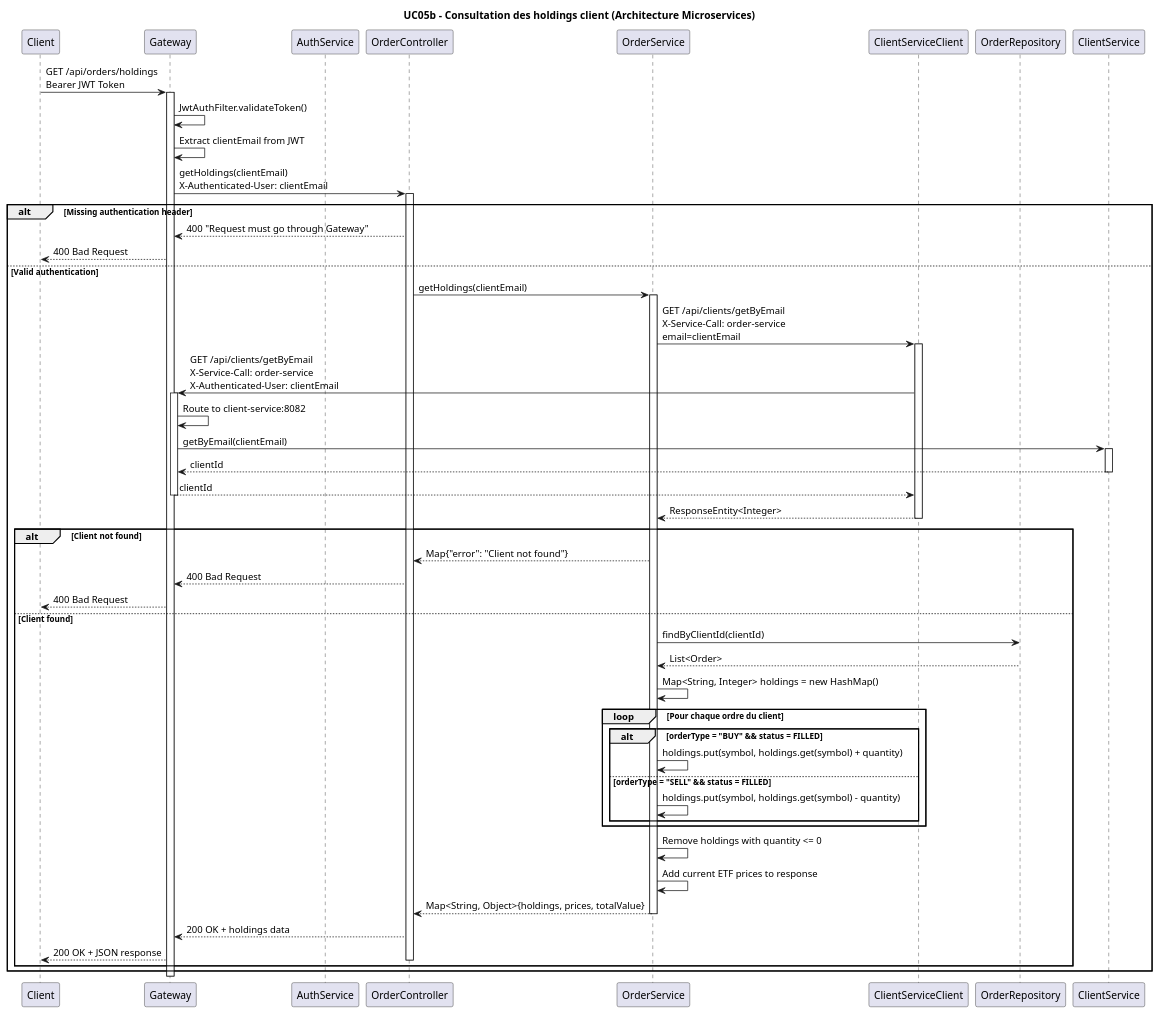
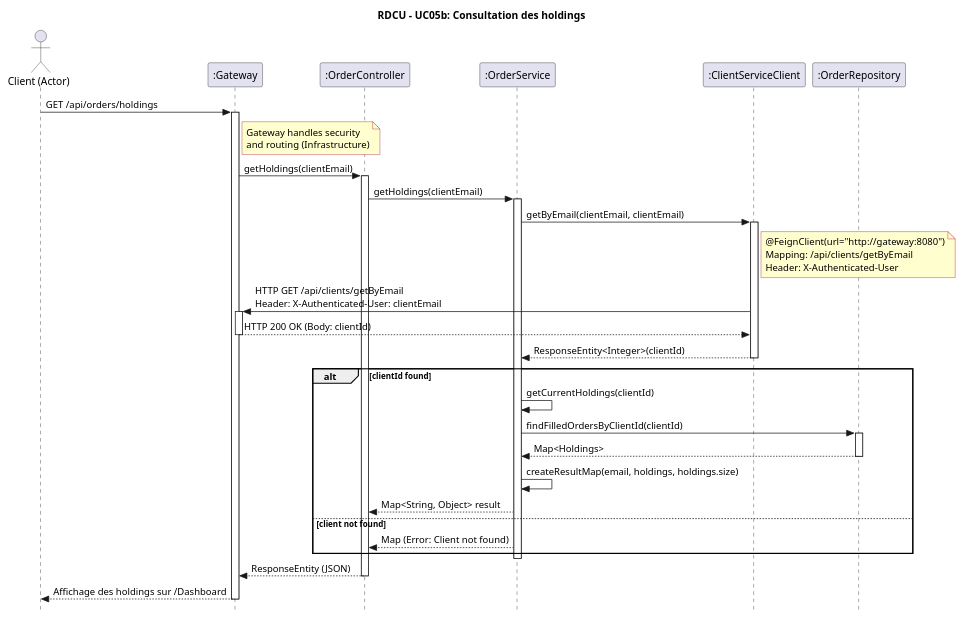
Before and after one commit to primika27/BrokerX-phase2-micorservices-: the diagram in docs/views/rdcu_uc05_consultation_holdings.puml, drawn with PlantUML. The commit also changed 3 other files, not shown here.

Commit message:
modif diagramme uc05

```diff
--- a/docs/views/rdcu_uc05_consultation_holdings.puml
+++ b/docs/views/rdcu_uc05_consultation_holdings.puml
@@ -1,71 +1,79 @@
 @startuml rdcu_uc05_consultation_holdings
-title UC05b - Consultation des holdings client (Architecture Microservices)
+title RDCU - UC05b: Consultation des holdings 
+skinparam style strictuml
+skinparam noteBackgroundColor #FEFECE
+skinparam noteBorderColor #A80036
 
-participant "Client" as Client
-participant "Gateway" as Gateway
-participant "AuthService" as Auth
-participant "OrderController" as OrderController
-participant "OrderService" as OrderService
-participant "ClientServiceClient" as ClientClient
-participant "OrderRepository" as OrderRepo
+'--- Participants (Software Objects) ---
+actor "Client (Actor)" as Actor
+participant ":Gateway" as Gateway
+participant ":OrderController" as Controller
+participant ":OrderService" as Service
+participant ":ClientServiceClient" as InfrastructureClient
+participant ":OrderRepository" as Repo
 
-Client -> Gateway : GET /api/orders/holdings\nBearer JWT Token
+'--- System Operation ---
+Actor -> Gateway : GET /api/orders/holdings
 activate Gateway
 
-Gateway -> Gateway : JwtAuthFilter.validateToken()
-Gateway -> Gateway : Extract clientEmail from JWT
-Gateway -> OrderController : getHoldings(clientEmail)\nX-Authenticated-User: clientEmail
-activate OrderController
+    note right of Gateway
+        Gateway handles security 
+        and routing (Infrastructure)
+    end note
 
-alt Missing authentication header
-    OrderController --> Gateway : 400 "Request must go through Gateway"
-    Gateway --> Client : 400 Bad Request
-else Valid authentication
-    OrderController -> OrderService : getHoldings(clientEmail)
-    activate OrderService
+    Gateway -> Controller : getHoldings(clientEmail)
+    activate Controller
     
-    OrderService -> ClientClient : GET /api/clients/getByEmail\nX-Service-Call: order-service\nemail=clientEmail
-    activate ClientClient
-    ClientClient -> Gateway : GET /api/clients/getByEmail\nX-Service-Call: order-service\nX-Authenticated-User: clientEmail
-    activate Gateway
-    Gateway -> Gateway : Route to client-service:8082
-    Gateway -> ClientService : getByEmail(clientEmail)
-    activate ClientService
-    ClientService --> Gateway : clientId
-    deactivate ClientService
-    Gateway --> ClientClient : clientId
-    deactivate Gateway
-    ClientClient --> OrderService : ResponseEntity<Integer>
-    deactivate ClientClient
-    
-    alt Client not found
-        OrderService --> OrderController : Map{"error": "Client not found"}
-        OrderController --> Gateway : 400 Bad Request
-        Gateway --> Client : 400 Bad Request
-    else Client found
-        OrderService -> OrderRepo : findByClientId(clientId)
-        OrderRepo --> OrderService : List<Order>
+    '--- Controller Delegation ---
+    Controller -> Service : getHoldings(clientEmail)
+    activate Service
+
+        '--- Step 1: External Service Call (via Feign Interface) ---
+        ' Ref: ClientServiceClient.java
+        ' method: getByEmail(String authenticatedUser, String email)
         
-        OrderService -> OrderService : Map<String, Integer> holdings = new HashMap()
-        loop Pour chaque ordre du client
-            alt orderType = "BUY" && status = FILLED
-                OrderService -> OrderService : holdings.put(symbol, holdings.get(symbol) + quantity)
-            else orderType = "SELL" && status = FILLED  
-                OrderService -> OrderService : holdings.put(symbol, holdings.get(symbol) - quantity)
-            end
+        Service -> InfrastructureClient : getByEmail(clientEmail, clientEmail)
+        activate InfrastructureClient
+            
+            note right of InfrastructureClient
+                @FeignClient(url="http://gateway:8080")
+                Mapping: /api/clients/getByEmail
+                Header: X-Authenticated-User
+            end note
+            
+            ' This shows the INTERNAL implementation of the Feign Client sending the request out
+            InfrastructureClient -> Gateway : HTTP GET /api/clients/getByEmail\nHeader: X-Authenticated-User: clientEmail
+            activate Gateway
+            Gateway --> InfrastructureClient : HTTP 200 OK (Body: clientId)
+            deactivate Gateway
+
+        InfrastructureClient --> Service : ResponseEntity<Integer>(clientId)
+        deactivate InfrastructureClient
+
+        '--- Step 2: Domain Logic (Calculations) ---
+        
+        alt clientId found
+            Service -> Service: getCurrentHoldings(clientId)
+            Service -> Repo : findFilledOrdersByClientId(clientId)
+            activate Repo
+            Repo --> Service : Map<Holdings>
+            deactivate Repo
+            
+            
+            '--- Create Response ---
+            Service -> Service : createResultMap(email, holdings, holdings.size)
+            
+            Service --> Controller : Map<String, Object> result
+        else client not found
+            Service --> Controller : Map (Error: Client not found)
         end
-        
-        OrderService -> OrderService : Remove holdings with quantity <= 0
-        OrderService -> OrderService : Add current ETF prices to response
-        
-        OrderService --> OrderController : Map<String, Object>{holdings, prices, totalValue}
-        deactivate OrderService
-        
-        OrderController --> Gateway : 200 OK + holdings data
-        Gateway --> Client : 200 OK + JSON response
-        deactivate OrderController
-    end
-end
 
+    deactivate Service
+
+    Controller --> Gateway : ResponseEntity (JSON)
+    deactivate Controller
+
+Gateway --> Actor : Affichage des holdings sur /Dashboard
 deactivate Gateway
+
 @enduml
```
